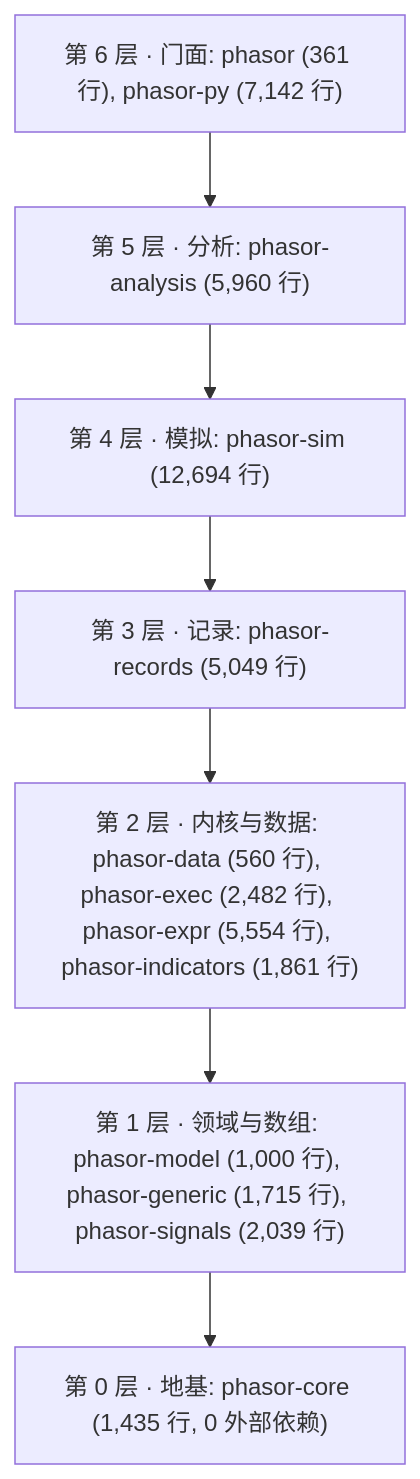
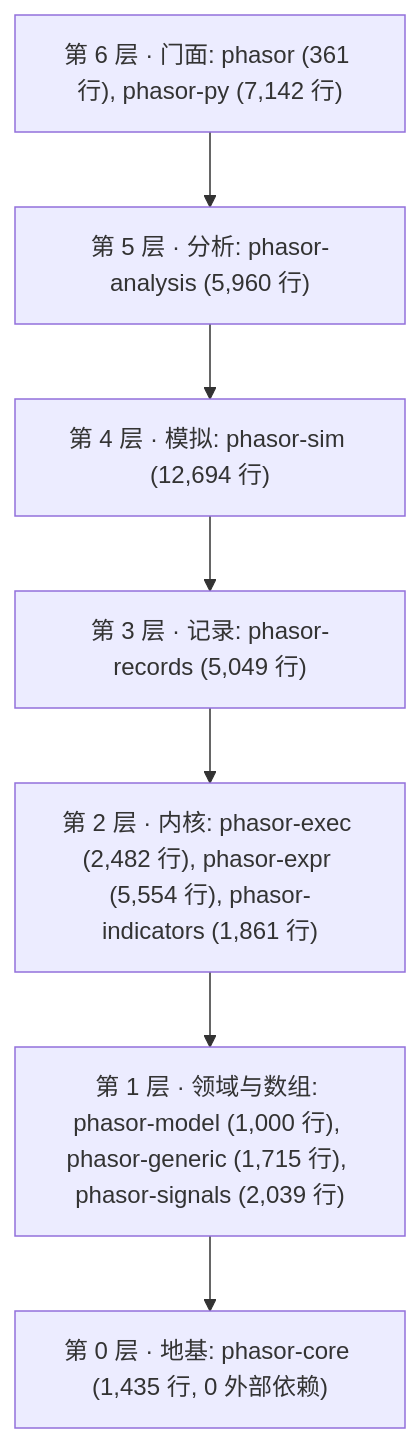
One commit to nivalume/phasor changed the second of 9 diagrams in docs/architecture.md. Above: the diagram before and after it, drawn with Mermaid. The commit also changed other lines of this file and 25 other files, not shown here.

````diff
--- a/docs/architecture.md
+++ b/docs/architecture.md
@@ -56,12 +56,12 @@
 ```mermaid
 flowchart TD
     L6["第 6 层 · 门面: phasor (361 行), phasor-py (7,142 行)"]
     L5["第 5 层 · 分析: phasor-analysis (5,960 行)"]
     L4["第 4 层 · 模拟: phasor-sim (12,694 行)"]
     L3["第 3 层 · 记录: phasor-records (5,049 行)"]
-    L2["第 2 层 · 内核与数据: phasor-data (560 行), phasor-exec (2,482 行), phasor-expr (5,554 行), phasor-indicators (1,861 行)"]
+    L2["第 2 层 · 内核: phasor-exec (2,482 行), phasor-expr (5,554 行), phasor-indicators (1,861 行)"]
     L1["第 1 层 · 领域与数组: phasor-model (1,000 行), phasor-generic (1,715 行), phasor-signals (2,039 行)"]
     L0["第 0 层 · 地基: phasor-core (1,435 行, 0 外部依赖)"]
 
     L6 --> L5 --> L4 --> L3 --> L2 --> L1 --> L0
 ```
````
